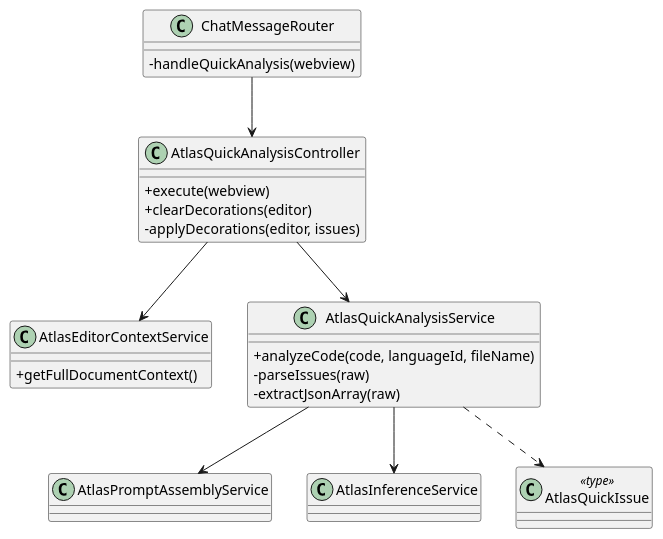
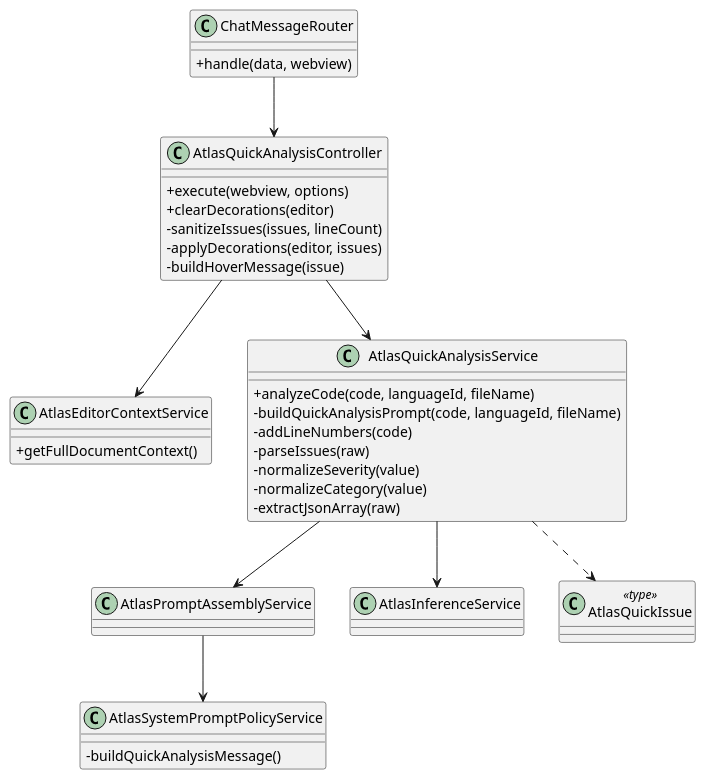
Before and after one commit to JVictorVI/ATLAS: the third of 38 diagrams in docs/plantuml-diagramas-por-caso-de-uso-atlas.md, drawn with PlantUML. The commit also changed other lines of this file and 2 other files, not shown here.

````diff
--- a/docs/plantuml-diagramas-por-caso-de-uso-atlas.md
+++ b/docs/plantuml-diagramas-por-caso-de-uso-atlas.md
@@ -92,33 +106,43 @@
 ```plantuml
 @startuml
 skinparam shadowing false
 skinparam classAttributeIconSize 0
 
 class ChatMessageRouter {
-  -handleQuickAnalysis(webview)
+  +handle(data, webview)
 }
 class AtlasQuickAnalysisController {
-  +execute(webview)
+  +execute(webview, options)
   +clearDecorations(editor)
+  -sanitizeIssues(issues, lineCount)
   -applyDecorations(editor, issues)
+  -buildHoverMessage(issue)
 }
 class AtlasEditorContextService {
   +getFullDocumentContext()
 }
 class AtlasQuickAnalysisService {
   +analyzeCode(code, languageId, fileName)
+  -buildQuickAnalysisPrompt(code, languageId, fileName)
+  -addLineNumbers(code)
   -parseIssues(raw)
+  -normalizeSeverity(value)
+  -normalizeCategory(value)
   -extractJsonArray(raw)
 }
 class AtlasPromptAssemblyService
+class AtlasSystemPromptPolicyService {
+  -buildQuickAnalysisMessage()
+}
 class AtlasInferenceService
 class AtlasQuickIssue <<type>>
 
 ChatMessageRouter --> AtlasQuickAnalysisController
 AtlasQuickAnalysisController --> AtlasEditorContextService
 AtlasQuickAnalysisController --> AtlasQuickAnalysisService
 AtlasQuickAnalysisService --> AtlasPromptAssemblyService
+AtlasPromptAssemblyService --> AtlasSystemPromptPolicyService
 AtlasQuickAnalysisService --> AtlasInferenceService
 AtlasQuickAnalysisService ..> AtlasQuickIssue
 @enduml
 ```
````
